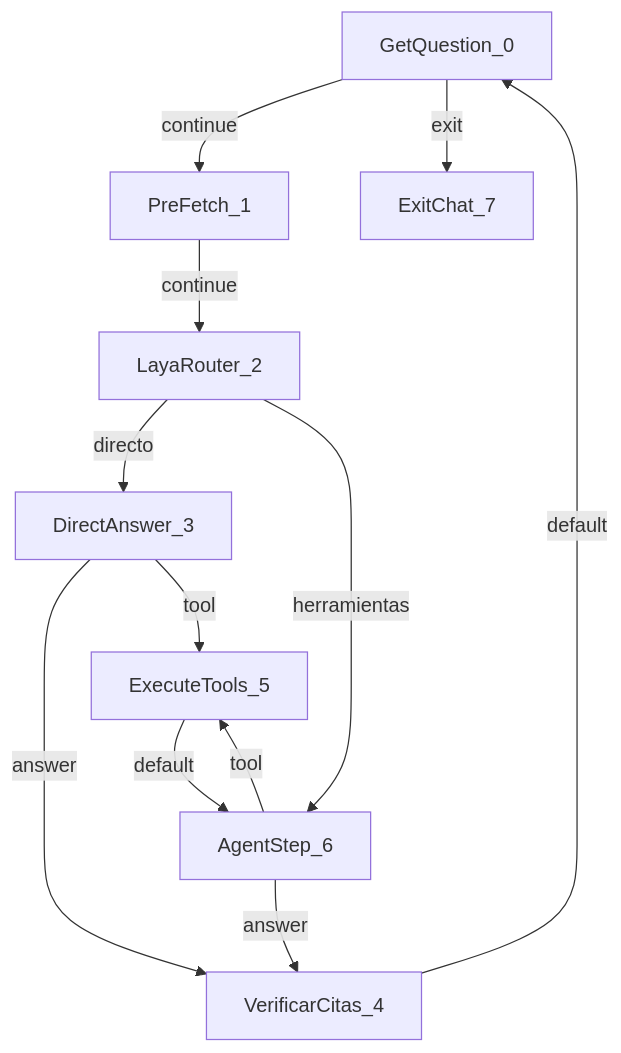
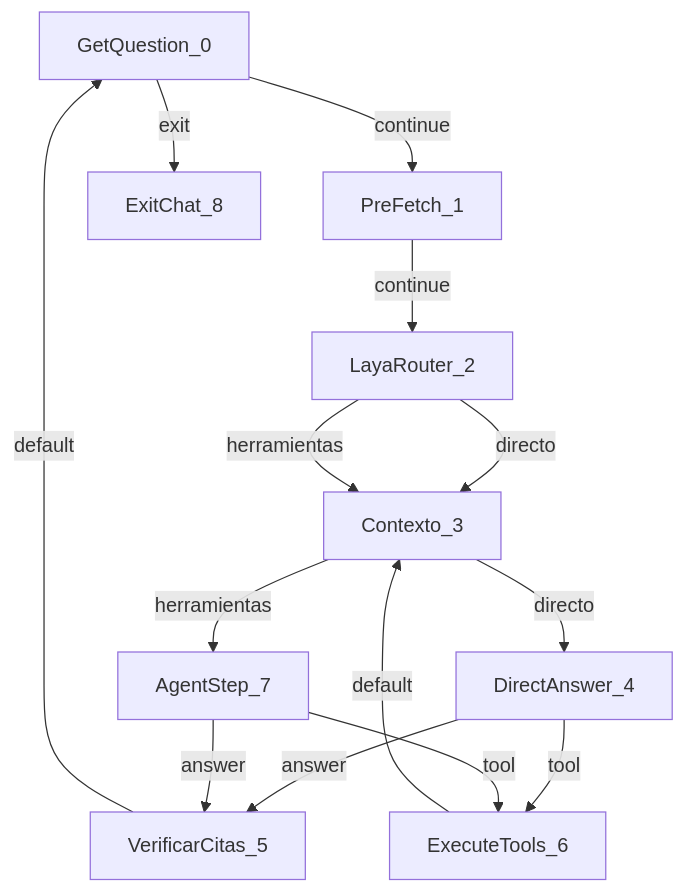
The diagram in README.md (poladb-afk/deepseek-flow), drawn with Mermaid before and after one commit. The commit also changed 16 other files, not shown here.

````diff
--- a/README.md
+++ b/README.md
@@ -14,14 +14,16 @@
 ```mermaid
 flowchart TD
     GetQuestion_0 -->|continue| PreFetch_1
     PreFetch_1 -->|continue| LayaRouter_2
-    LayaRouter_2 -->|directo| DirectAnswer_3
-    DirectAnswer_3 -->|answer| VerificarCitas_4
-    VerificarCitas_4 -->|default| GetQuestion_0
-    DirectAnswer_3 -->|tool| ExecuteTools_5
-    ExecuteTools_5 -->|default| AgentStep_6
-    AgentStep_6 -->|answer| VerificarCitas_4
-    AgentStep_6 -->|tool| ExecuteTools_5
-    LayaRouter_2 -->|herramientas| AgentStep_6
-    GetQuestion_0 -->|exit| ExitChat_7
+    LayaRouter_2 -->|directo| Contexto_3
+    Contexto_3 -->|directo| DirectAnswer_4
+    DirectAnswer_4 -->|answer| VerificarCitas_5
+    VerificarCitas_5 -->|default| GetQuestion_0
+    DirectAnswer_4 -->|tool| ExecuteTools_6
+    ExecuteTools_6 -->|default| Contexto_3
+    Contexto_3 -->|herramientas| AgentStep_7
+    AgentStep_7 -->|answer| VerificarCitas_5
+    AgentStep_7 -->|tool| ExecuteTools_6
+    LayaRouter_2 -->|herramientas| Contexto_3
+    GetQuestion_0 -->|exit| ExitChat_8
 ```
````
